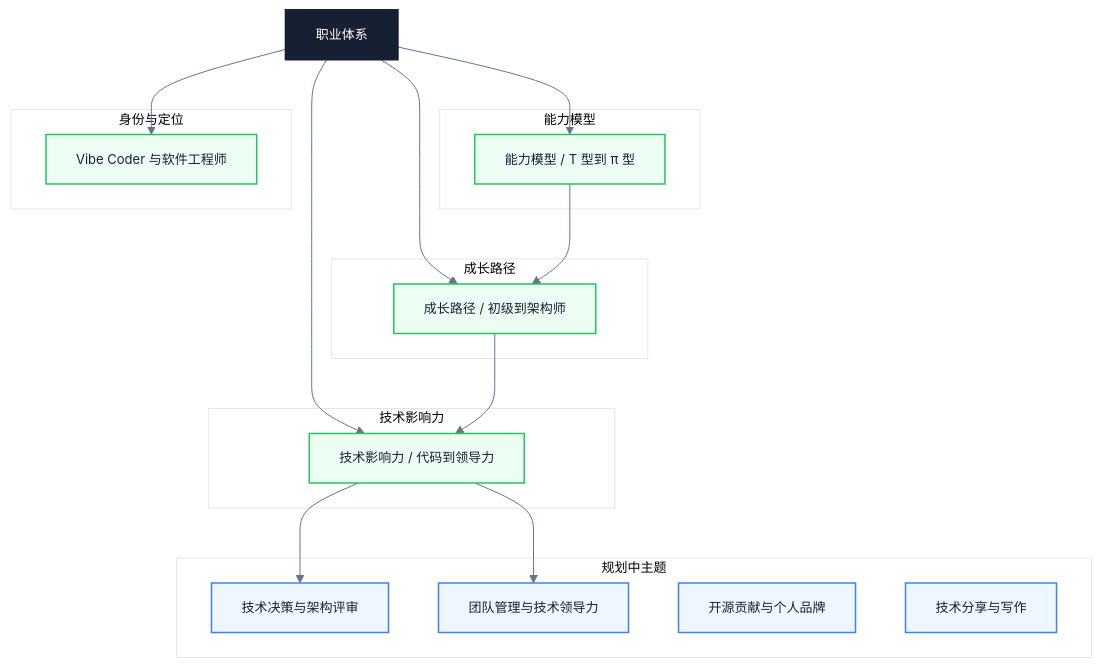
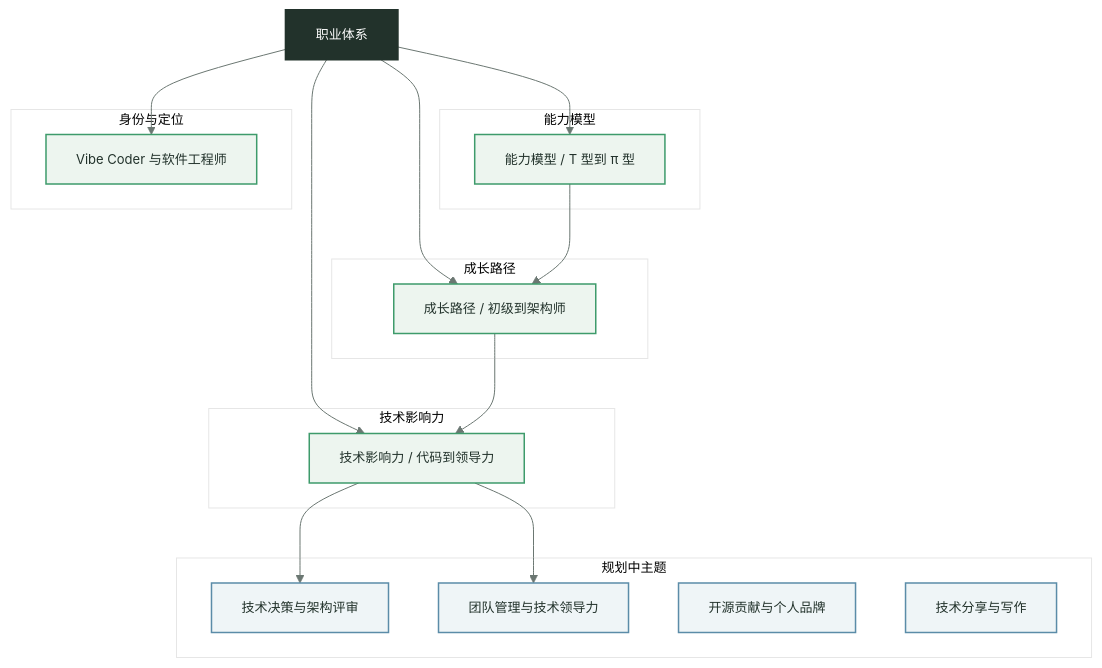
Before and after one commit to Fatejian/frontier-vault: the diagram in docs/career/index.md, drawn with Mermaid. The commit also changed 63 other files, not shown here.

````diff
--- a/docs/career/index.md
+++ b/docs/career/index.md
@@ -19,46 +19,46 @@
 ```mermaid
-%%{init: {'theme': 'base', 'themeVariables': { 'fontFamily': 'Inter, PingFang SC, Microsoft YaHei, sans-serif', 'primaryColor': '#F8FAFC', 'primaryTextColor': '#172033', 'primaryBorderColor': '#CBD5E1', 'lineColor': '#64748B', 'fontSize': '13px'}}}%%
+%%{init: {'theme': 'base', 'themeVariables': { 'fontFamily': 'Inter, PingFang SC, Microsoft YaHei, sans-serif', 'primaryColor': '#F4F7F4', 'primaryTextColor': '#22322B', 'primaryBorderColor': '#CDD8D2', 'lineColor': '#6B7772', 'fontSize': '13px'}}}%%
 
 flowchart TB
     Core["职业体系"]
 
     subgraph Capability["能力模型"]
         CM["能力模型 / T 型到 π 型"]
     end
 
     subgraph Growth["成长路径"]
         GP["成长路径 / 初级到架构师"]
     end
 
     subgraph Influence["技术影响力"]
         TI["技术影响力 / 代码到领导力"]
     end
 
     subgraph Identity["身份与定位"]
         VC["Vibe Coder 与软件工程师"]
     end
 
     subgraph Planning["规划中主题"]
         TD["技术决策与架构评审"]
         TM["团队管理与技术领导力"]
         OS["开源贡献与个人品牌"]
         TW["技术分享与写作"]
     end
 
     Core --> CM
     Core --> GP
     Core --> TI
     Core --> VC
     CM --> GP
     GP --> TI
     TI --> TD
     TI --> TM
 
-    classDef core fill:#172033,color:#fff,stroke:#172033,stroke-width:2px
-    classDef work fill:#ECFDF3,stroke:#22C55E,color:#172033,stroke-width:1.5px
-    classDef wait fill:#EEF6FF,stroke:#3B82F6,color:#172033,stroke-width:1.5px
+    classDef core fill:#22322B,color:#fff,stroke:#22322B,stroke-width:2px
+    classDef work fill:#EDF5EF,stroke:#3E9B6B,color:#22322B,stroke-width:1.5px
+    classDef wait fill:#EFF5F7,stroke:#5B8CA8,color:#22322B,stroke-width:1.5px
 
     class Core core
     class CM,GP,TI,VC work
     class TD,TM,OS,TW wait
 ```
````
